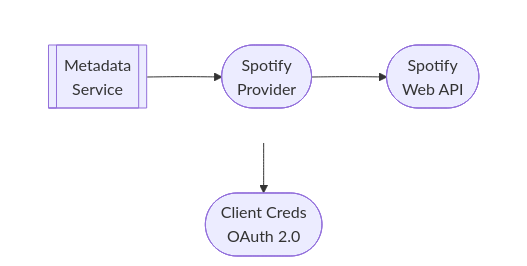
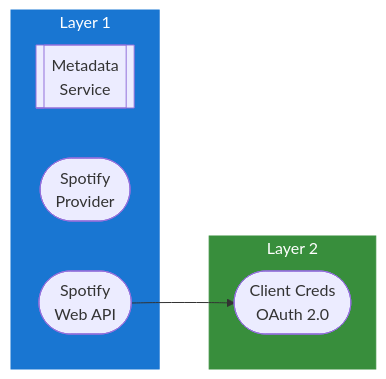
One commit to lusoris/revenge changed the diagram in docs/dev/design/integrations/metadata/music/SPOTIFY.md. Above: the diagram before and after it, drawn with Mermaid. The commit also changed 215 other files, not shown here.

First line of the commit message:
feat(diagrams): convert all ASCII diagrams to Mermaid with LR subgraphs

````diff
--- a/docs/dev/design/integrations/metadata/music/SPOTIFY.md
+++ b/docs/dev/design/integrations/metadata/music/SPOTIFY.md
@@ -59,16 +59,19 @@
 ```mermaid
-flowchart TD
-    subgraph row1[ ]
-        direction LR
+flowchart LR
+    subgraph Layer1["Layer 1"]
         node1[["Metadata<br/>Service"]]
         node2(["Spotify<br/>Provider"])
         node3(["Spotify<br/>Web API"])
     end
-    node4(["Client Creds<br/>OAuth 2.0"])
-    node1 --> node2
-    node2 --> node3
+
+    subgraph Layer2["Layer 2"]
+        node4(["Client Creds<br/>OAuth 2.0"])
+    end
+
+    %% Connections
     node3 --> node4
 
-    %% Hide row subgraph borders
-    style row1 fill:transparent,stroke:transparent
+    %% Styling
+    style Layer1 fill:#1976D2,stroke:#1976D2,color:#fff
+    style Layer2 fill:#388E3C,stroke:#388E3C,color:#fff
 ```
````
